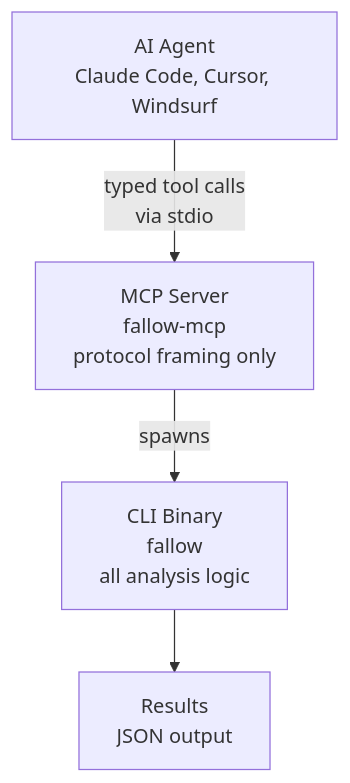
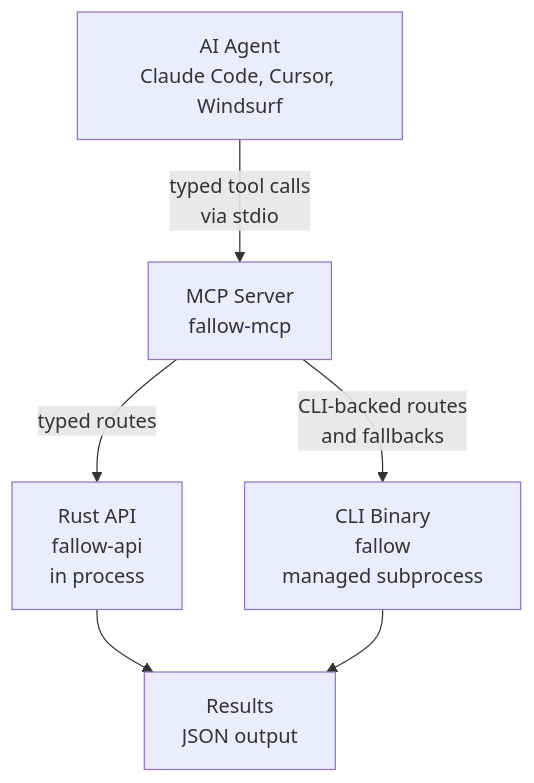
The diagram in integrations/mcp.mdx (fallow-rs/docs), drawn with Mermaid before and after one commit. The commit also changed other lines of this file and 1 other file, not shown here.

Commit message:
docs: document hybrid MCP execution

````diff
--- a/integrations/mcp.mdx
+++ b/integrations/mcp.mdx
@@ -389,6 +391,8 @@
 ```mermaid
 flowchart TB
-  A["AI Agent<br/>Claude Code, Cursor, Windsurf"] -->|"typed tool calls<br/>via stdio"| B["MCP Server<br/>fallow-mcp<br/>protocol framing only"]
-  B -->|spawns| C["CLI Binary<br/>fallow<br/>all analysis logic"]
-  C --> D["Results<br/>JSON output"]
+  A["AI Agent<br/>Claude Code, Cursor, Windsurf"] -->|"typed tool calls<br/>via stdio"| B["MCP Server<br/>fallow-mcp"]
+  B -->|"typed routes"| C["Rust API<br/>fallow-api<br/>in process"]
+  B -->|"CLI-backed routes<br/>and fallbacks"| D["CLI Binary<br/>fallow<br/>managed subprocess"]
+  C --> E["Results<br/>JSON output"]
+  D --> E
 ```
````
